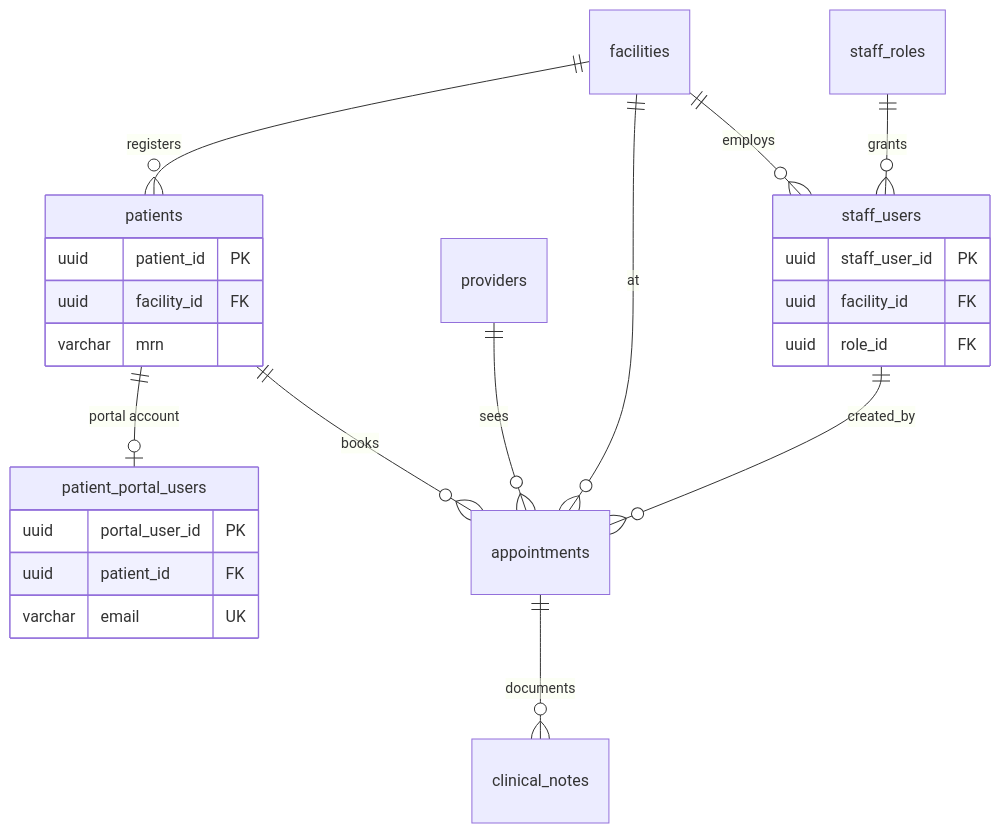
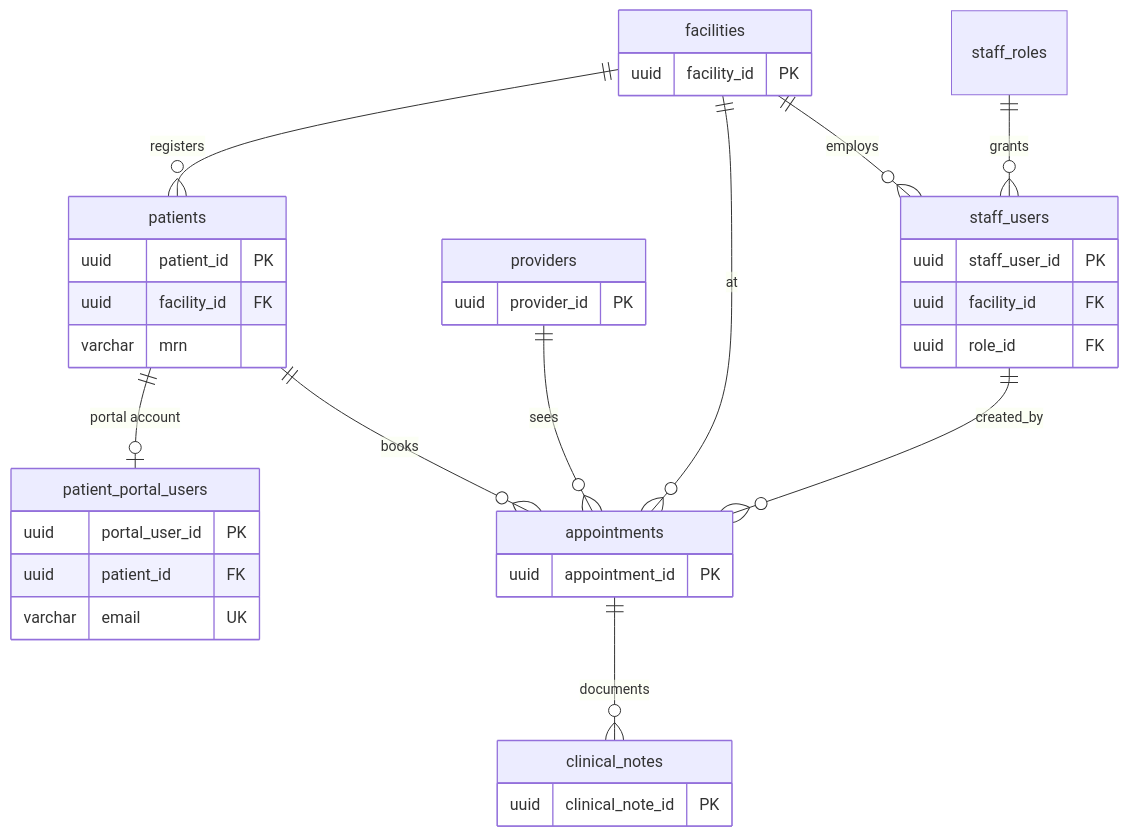
The diagram in README.md (mdmullendore/postgres-ehr-architecture), drawn with Mermaid before and after one commit. The commit also changed other lines of this file and 4 other files, not shown here.

````diff
--- a/README.md
+++ b/README.md
@@ -25,30 +25,46 @@
 ```mermaid
 erDiagram
     facilities ||--o{ staff_users : "employs"
     facilities ||--o{ patients : "registers"
     staff_roles ||--o{ staff_users : "grants"
     patients ||--o| patient_portal_users : "portal account"
     patients ||--o{ appointments : "books"
     providers ||--o{ appointments : "sees"
     facilities ||--o{ appointments : "at"
     appointments ||--o{ clinical_notes : "documents"
     staff_users ||--o{ appointments : "created_by"
 
     patients {
         uuid patient_id PK
         uuid facility_id FK
         varchar mrn
     }
 
     patient_portal_users {
         uuid portal_user_id PK
         uuid patient_id FK
         varchar email UK
     }
 
     staff_users {
         uuid staff_user_id PK
         uuid facility_id FK
         uuid role_id FK
     }
+
+    facilities {
+        uuid facility_id PK
+    }
+
+    providers {
+        uuid provider_id PK
+    }
+
+    appointments {
+        uuid appointment_id PK
+    }
+
+    clinical_notes {
+        uuid clinical_note_id PK
+    }
 ```
````
